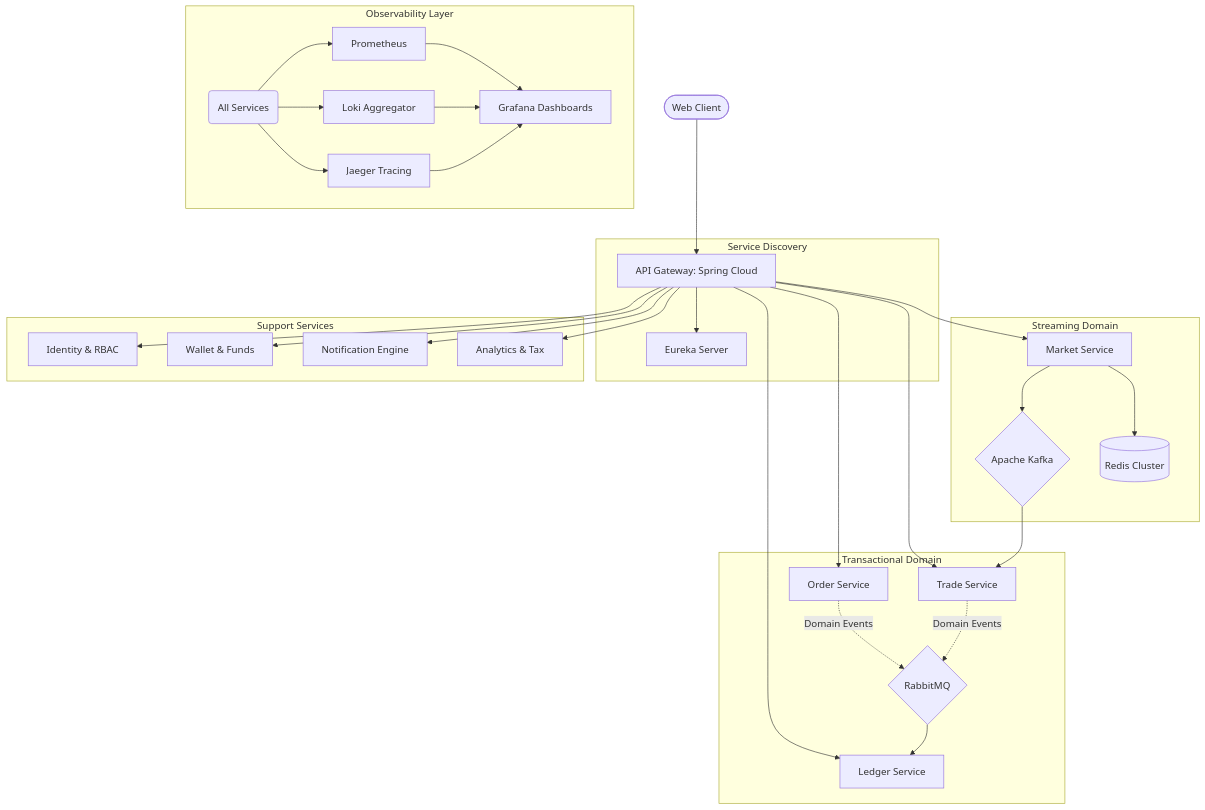
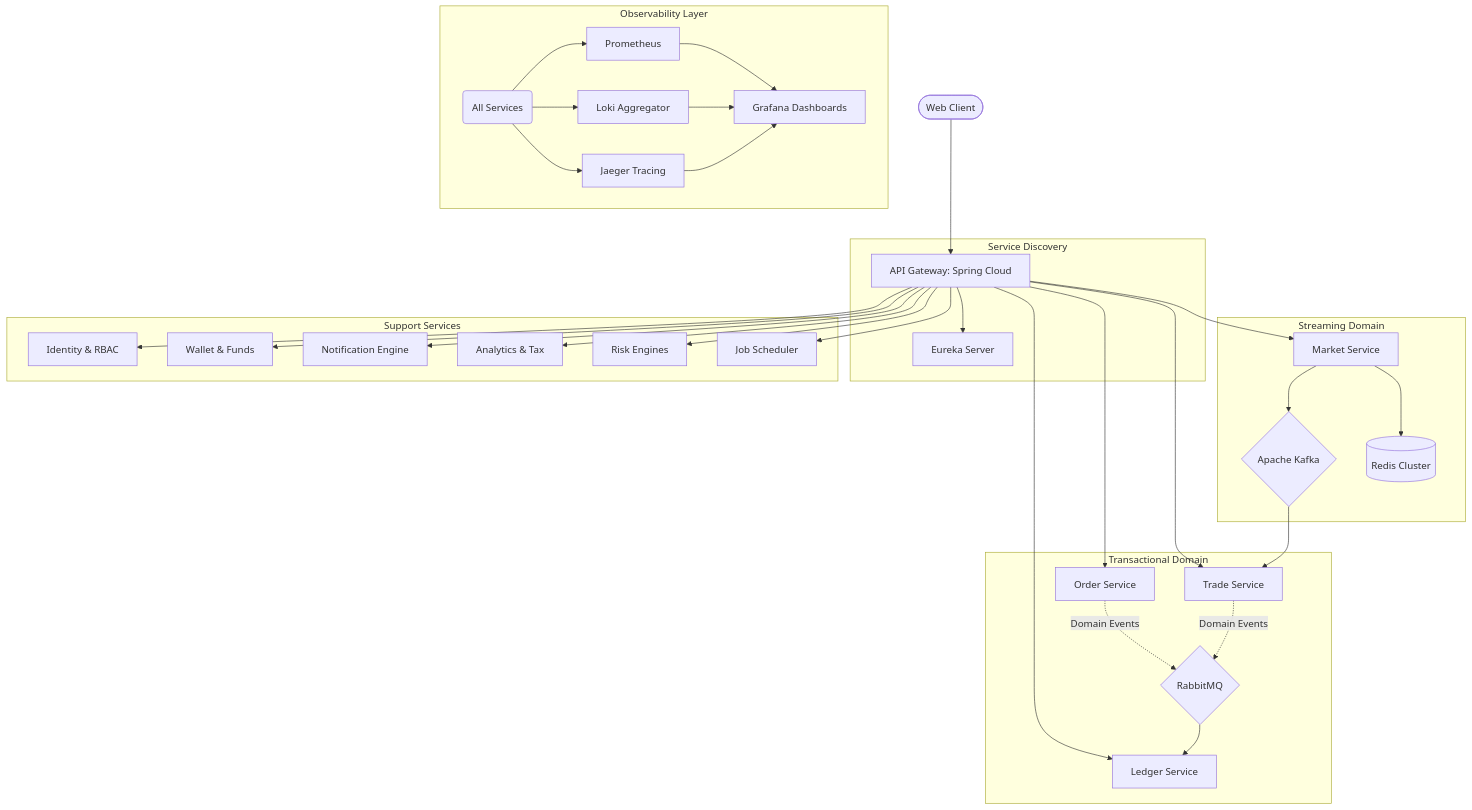
The diagram in README.md (axshowk/winvestco-trading-platform), drawn with Mermaid before and after one commit. The commit also changed other lines of this file and 16 other files, not shown here.

````diff
--- a/README.md
+++ b/README.md
@@ -28,38 +28,40 @@
 ```mermaid
 graph TD
     Client([Web Client]) --> Gateway[API Gateway: Spring Cloud]
     
     subgraph "Service Discovery"
         Gateway --> Eureka[Eureka Server]
     end
 
     subgraph "Transactional Domain"
         Gateway --> OrderSvc[Order Service]
         Gateway --> TradeSvc[Trade Service]
         Gateway --> LedgerSvc[Ledger Service]
         OrderSvc -. Domain Events .-> RabbitMQ{RabbitMQ}
         TradeSvc -. Domain Events .-> RabbitMQ
         RabbitMQ --> LedgerSvc
     end
 
     subgraph "Streaming Domain"
         Gateway --> MarketSvc[Market Service]
         MarketSvc --> Kafka{Apache Kafka}
         MarketSvc --> Redis[(Redis Cluster)]
         Kafka --> TradeSvc
     end
 
     subgraph "Support Services"
         Gateway --> UserSvc[Identity & RBAC]
         Gateway --> FundSvc[Wallet & Funds]
         Gateway --> NotifySvc[Notification Engine]
         Gateway --> ReportSvc[Analytics & Tax]
+        Gateway --> RiskSvc[Risk Engines]
+        Gateway --> ScheduleSvc[Job Scheduler]
     end
 
     subgraph "Observability Layer"
         All(All Services) --> Prom[Prometheus]
         All --> Loki[Loki Aggregator]
         All --> Jaeger[Jaeger Tracing]
         Prom & Loki & Jaeger --> Grafana[Grafana Dashboards]
     end
 ```
````
